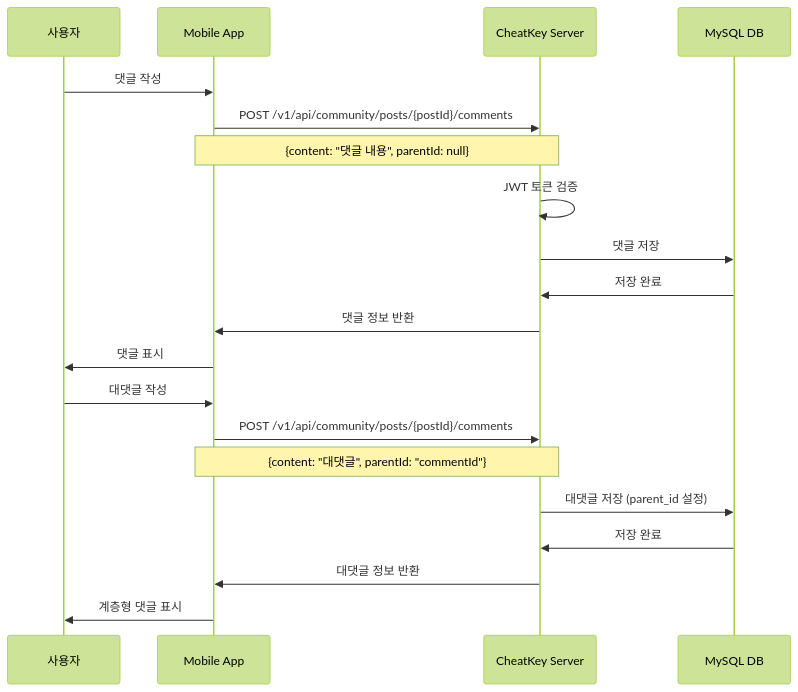
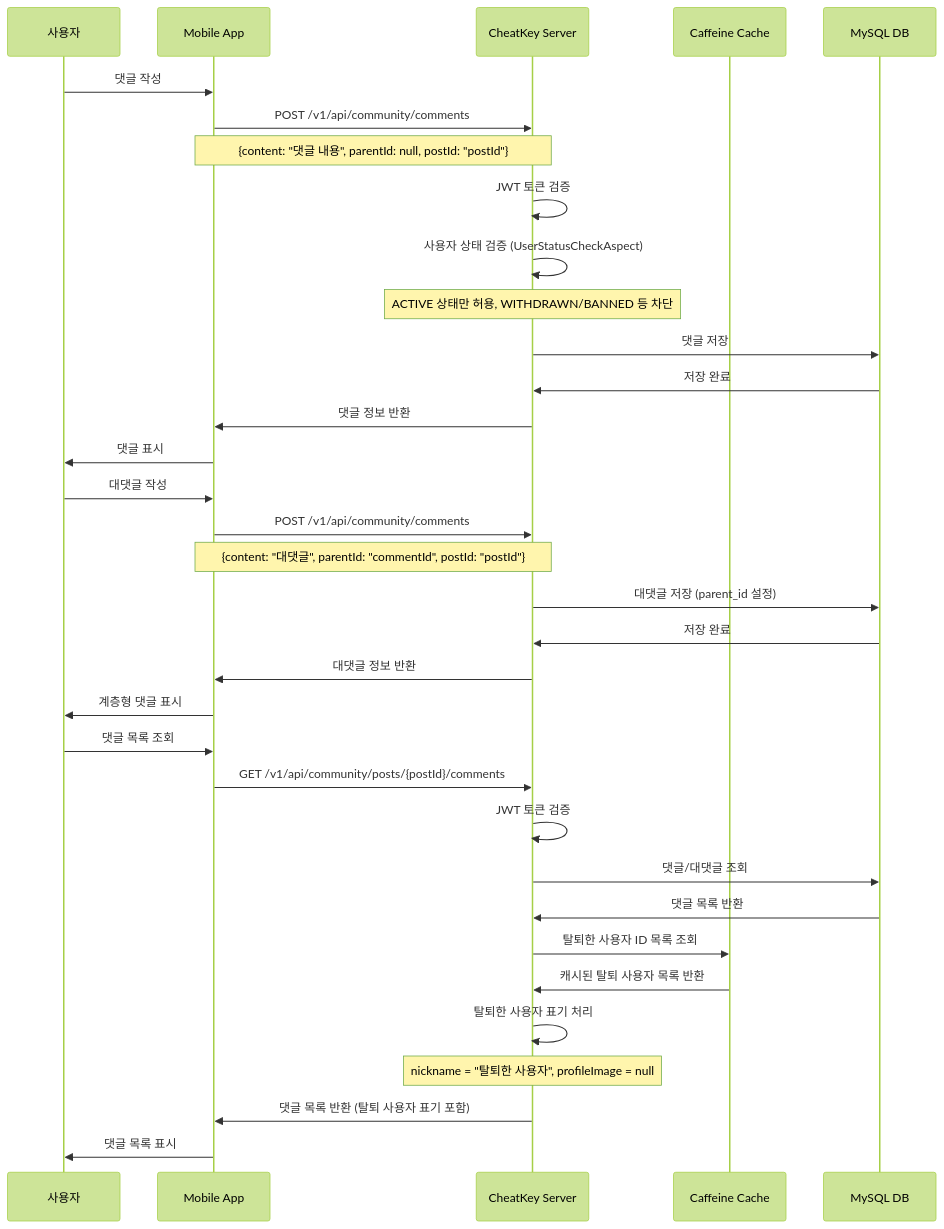
One commit to Central-MakeUs/CheatKey-Server changed the fourth of 10 diagrams in docs/flows/sequence.md. Above: the diagram before and after it, drawn with Mermaid (forest theme). The commit also changed other lines of this file and 6 other files, not shown here.

````diff
--- a/docs/flows/sequence.md
+++ b/docs/flows/sequence.md
@@ -113,28 +129,47 @@
 ```mermaid
 sequenceDiagram
     participant U as 사용자
     participant App as Mobile App
     participant Server as CheatKey Server
+    participant Cache as Caffeine Cache
     participant DB as MySQL DB
     
     U->>App: 댓글 작성
-    App->>Server: POST /v1/api/community/posts/{postId}/comments
-    Note over App,Server: {content: "댓글 내용", parentId: null}
+    App->>Server: POST /v1/api/community/comments
+    Note over App,Server: {content: "댓글 내용", parentId: null, postId: "postId"}
     
     Server->>Server: JWT 토큰 검증
+    Server->>Server: 사용자 상태 검증 (UserStatusCheckAspect)
+    Note over Server: ACTIVE 상태만 허용, WITHDRAWN/BANNED 등 차단
     Server->>DB: 댓글 저장
     DB->>Server: 저장 완료
     
     Server->>App: 댓글 정보 반환
     App->>U: 댓글 표시
     
     U->>App: 대댓글 작성
-    App->>Server: POST /v1/api/community/posts/{postId}/comments
-    Note over App,Server: {content: "대댓글", parentId: "commentId"}
+    App->>Server: POST /v1/api/community/comments
+    Note over App,Server: {content: "대댓글", parentId: "commentId", postId: "postId"}
     
     Server->>DB: 대댓글 저장 (parent_id 설정)
     DB->>Server: 저장 완료
     
     Server->>App: 대댓글 정보 반환
     App->>U: 계층형 댓글 표시
+    
+    U->>App: 댓글 목록 조회
+    App->>Server: GET /v1/api/community/posts/{postId}/comments
+    
+    Server->>Server: JWT 토큰 검증
+    Server->>DB: 댓글/대댓글 조회
+    DB->>Server: 댓글 목록 반환
+    
+    Server->>Cache: 탈퇴한 사용자 ID 목록 조회
+    Cache->>Server: 캐시된 탈퇴 사용자 목록 반환
+    
+    Server->>Server: 탈퇴한 사용자 표기 처리
+    Note over Server: nickname = "탈퇴한 사용자", profileImage = null
+    
+    Server->>App: 댓글 목록 반환 (탈퇴 사용자 표기 포함)
+    App->>U: 댓글 목록 표시
 ```
````
